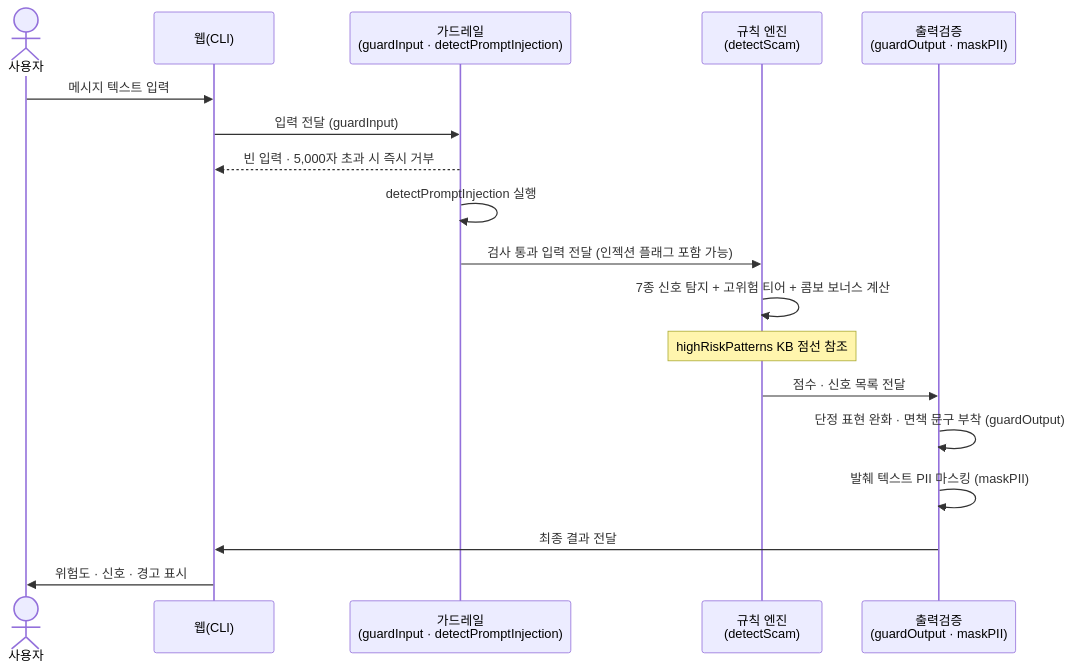
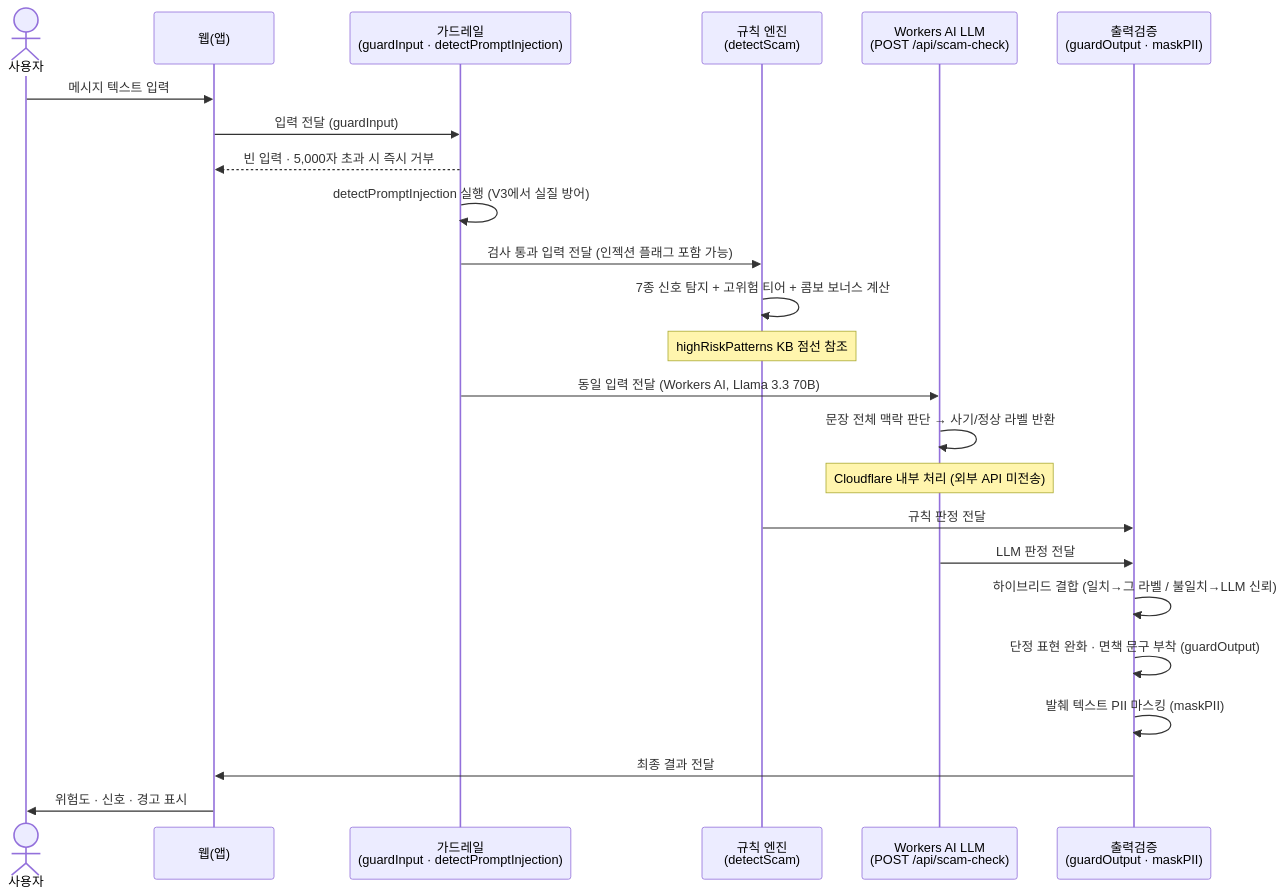
Before and after one commit to Samuel-Jo/scam-shield: the second of 2 diagrams in docs/11-dfd.md, drawn with Mermaid. The commit also changed other lines of this file and 14 other files, not shown here.

````diff
--- a/docs/11-dfd.md
+++ b/docs/11-dfd.md
@@ -27,21 +32,27 @@
 ```mermaid
 sequenceDiagram
     actor 사용자
-    participant 웹 as 웹(CLI)
+    participant 웹 as 웹(앱)
     participant 가드레일 as 가드레일<br/>(guardInput · detectPromptInjection)
     participant 엔진 as 규칙 엔진<br/>(detectScam)
+    participant LLM as Workers AI LLM<br/>(POST /api/scam-check)
     participant 출력검증 as 출력검증<br/>(guardOutput · maskPII)
 
     사용자->>웹: 메시지 텍스트 입력
     웹->>가드레일: 입력 전달 (guardInput)
     가드레일-->>웹: 빈 입력 · 5,000자 초과 시 즉시 거부
-    가드레일->>가드레일: detectPromptInjection 실행
+    가드레일->>가드레일: detectPromptInjection 실행 (V3에서 실질 방어)
     가드레일->>엔진: 검사 통과 입력 전달 (인젝션 플래그 포함 가능)
     엔진->>엔진: 7종 신호 탐지 + 고위험 티어 + 콤보 보너스 계산
     Note over 엔진: highRiskPatterns KB 점선 참조
-    엔진->>출력검증: 점수 · 신호 목록 전달
+    가드레일->>LLM: 동일 입력 전달 (Workers AI, Llama 3.3 70B)
+    LLM->>LLM: 문장 전체 맥락 판단 → 사기/정상 라벨 반환
+    Note over LLM: Cloudflare 내부 처리 (외부 API 미전송)
+    엔진->>출력검증: 규칙 판정 전달
+    LLM->>출력검증: LLM 판정 전달
+    출력검증->>출력검증: 하이브리드 결합 (일치→그 라벨 / 불일치→LLM 신뢰)
     출력검증->>출력검증: 단정 표현 완화 · 면책 문구 부착 (guardOutput)
     출력검증->>출력검증: 발췌 텍스트 PII 마스킹 (maskPII)
     출력검증->>웹: 최종 결과 전달
     웹->>사용자: 위험도 · 신호 · 경고 표시
 ```
````
